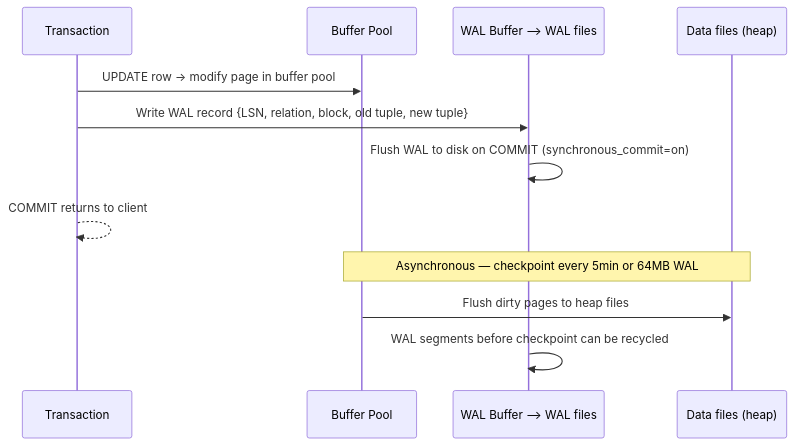
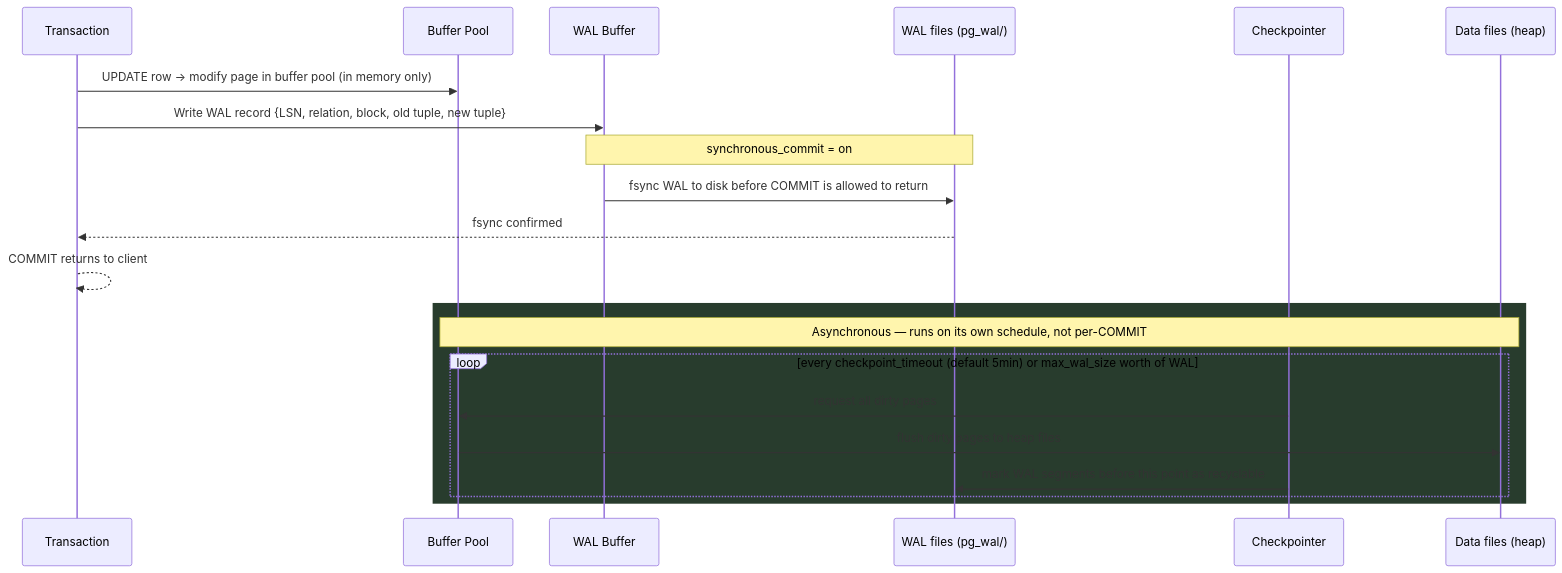
The second of 11 diagrams in databases/postgres-internals.md (deepanshu-rawat6/DevOpsIndex), drawn with Mermaid before and after one commit. The commit also changed other lines of this file and 7 other files, not shown here.

````diff
--- a/databases/postgres-internals.md
+++ b/databases/postgres-internals.md
@@ -31,16 +70,25 @@
 ```mermaid
 sequenceDiagram
     participant TX as Transaction
     participant BP as Buffer Pool
-    participant WAL as WAL Buffer --> WAL files
+    participant WALBUF as WAL Buffer
+    participant WALDISK as WAL files (pg_wal/)
+    participant CKPT as Checkpointer
     participant DF as Data files (heap)
 
-    TX->>BP: UPDATE row → modify page in buffer pool
-    TX->>WAL: Write WAL record {LSN, relation, block, old tuple, new tuple}
-    WAL->>WAL: Flush WAL to disk on COMMIT (synchronous_commit=on)
+    TX->>BP: UPDATE row → modify page in buffer pool (in memory only)
+    TX->>WALBUF: Write WAL record {LSN, relation, block, old tuple, new tuple}
+    Note over WALBUF,WALDISK: synchronous_commit = on
+    WALBUF->>WALDISK: fsync WAL to disk before COMMIT is allowed to return
+    WALDISK-->>TX: fsync confirmed
     TX-->>TX: COMMIT returns to client
 
-    Note over BP,DF: Asynchronous — checkpoint every 5min or 64MB WAL
-    BP->>DF: Flush dirty pages to heap files
-    WAL->>WAL: WAL segments before checkpoint can be recycled
+    rect rgb(40, 60, 45)
+    Note over BP,DF: Asynchronous — runs on its own schedule, not per-COMMIT
+    loop every checkpoint_timeout (default 5min) or max_wal_size worth of WAL
+        CKPT->>BP: request all dirty pages
+        BP->>DF: flush dirty pages to heap files
+        CKPT->>WALDISK: mark WAL segments before this point as recyclable
+    end
+    end
 ```
````
